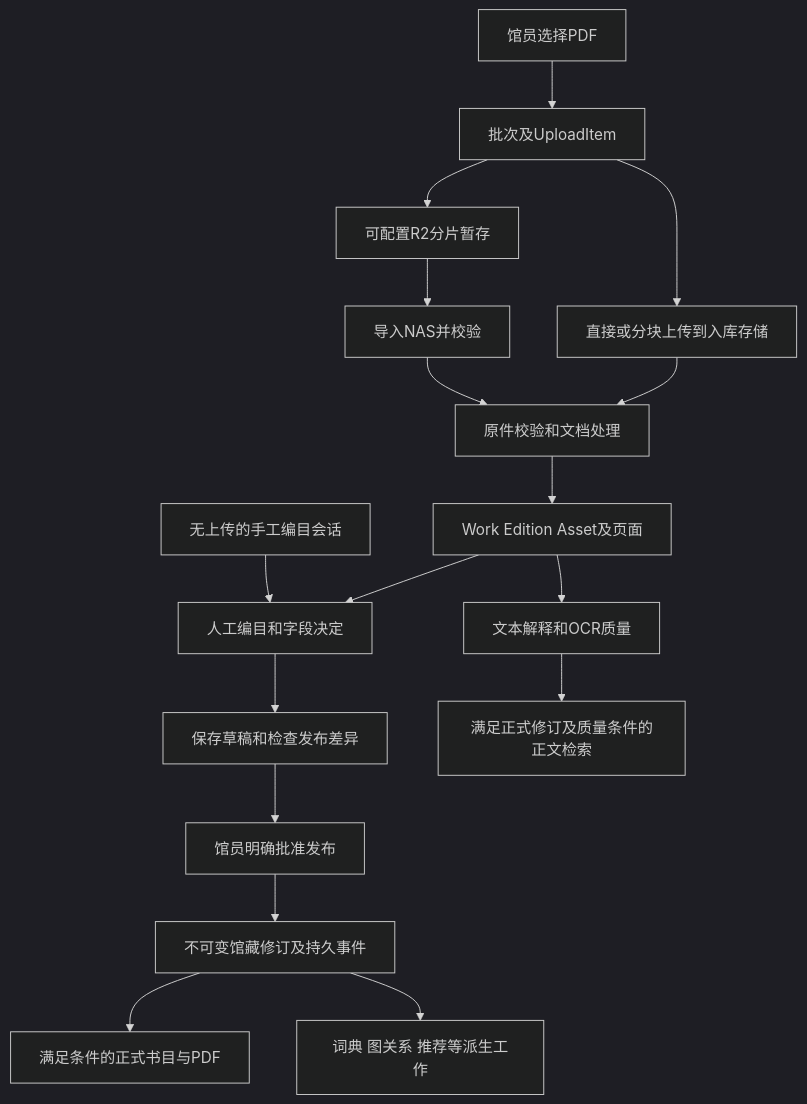
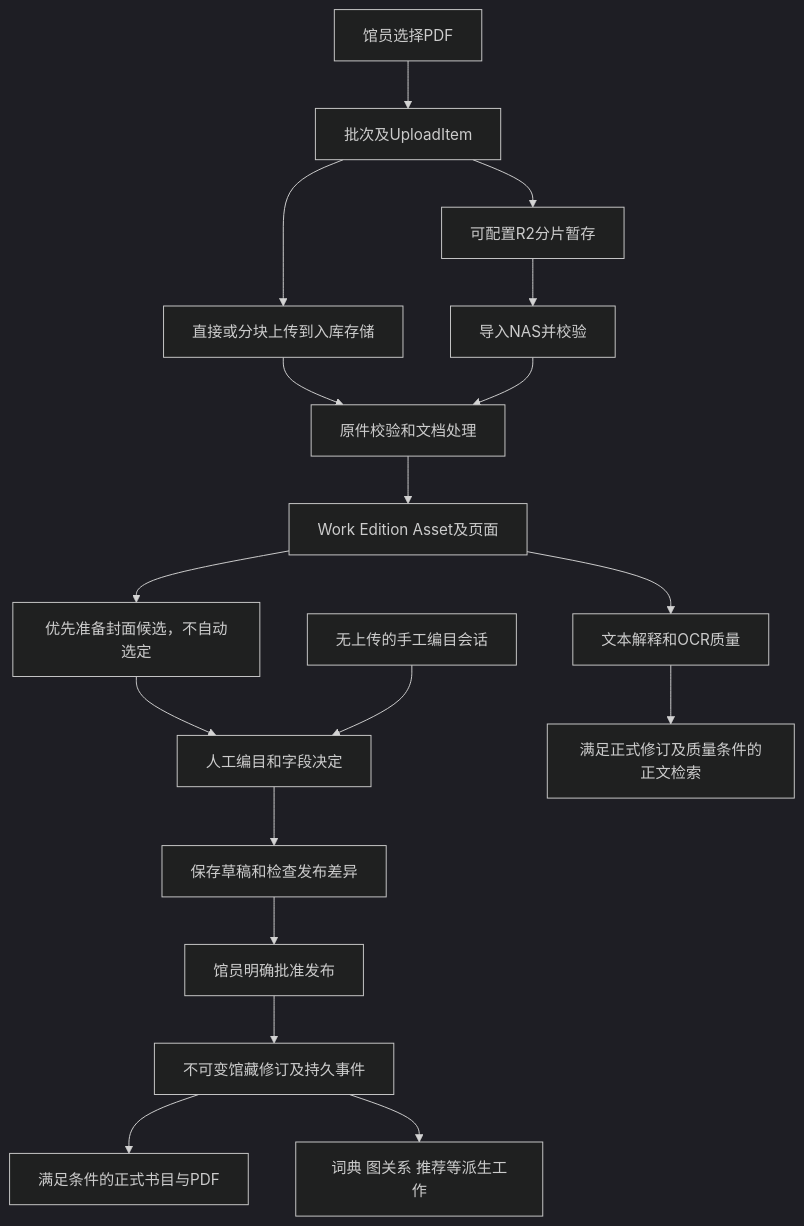
Before and after one commit to WinstonMo0807/social-theory-library: the diagram in docs/INGESTION_AND_PUBLICATION.md, drawn with Mermaid (dark theme). The commit also changed other lines of this file and 297 other files, not shown here.

Commit message:
Release 3.0.6 and document current admin architecture

````diff
--- a/docs/INGESTION_AND_PUBLICATION.md
+++ b/docs/INGESTION_AND_PUBLICATION.md
@@ -18,19 +18,20 @@
 ```mermaid
 flowchart TD
     File[馆员选择PDF] --> Upload[批次及UploadItem]
     Upload --> Direct[直接或分块上传到入库存储]
     Upload --> R2[可配置R2分片暂存]
     R2 --> Import[导入NAS并校验]
     Direct --> Parse[原件校验和文档处理]
     Import --> Parse
     Parse --> Identity[Work Edition Asset及页面]
-    Identity --> Edit[人工编目和字段决定]
+    Identity --> Cover[优先准备封面候选，不自动选定]
+    Cover --> Edit[人工编目和字段决定]
     Manual[无上传的手工编目会话] --> Edit
     Edit --> Preview[保存草稿和检查发布差异]
     Preview --> Approve[馆员明确批准发布]
     Approve --> Revision[不可变馆藏修订及持久事件]
     Revision --> Metadata[满足条件的正式书目与PDF]
     Revision --> Derived[词典 图关系 推荐等派生工作]
     Identity --> Text[文本解释和OCR质量]
     Text --> TextReady[满足正式修订及质量条件的正文检索]
 ```
````
